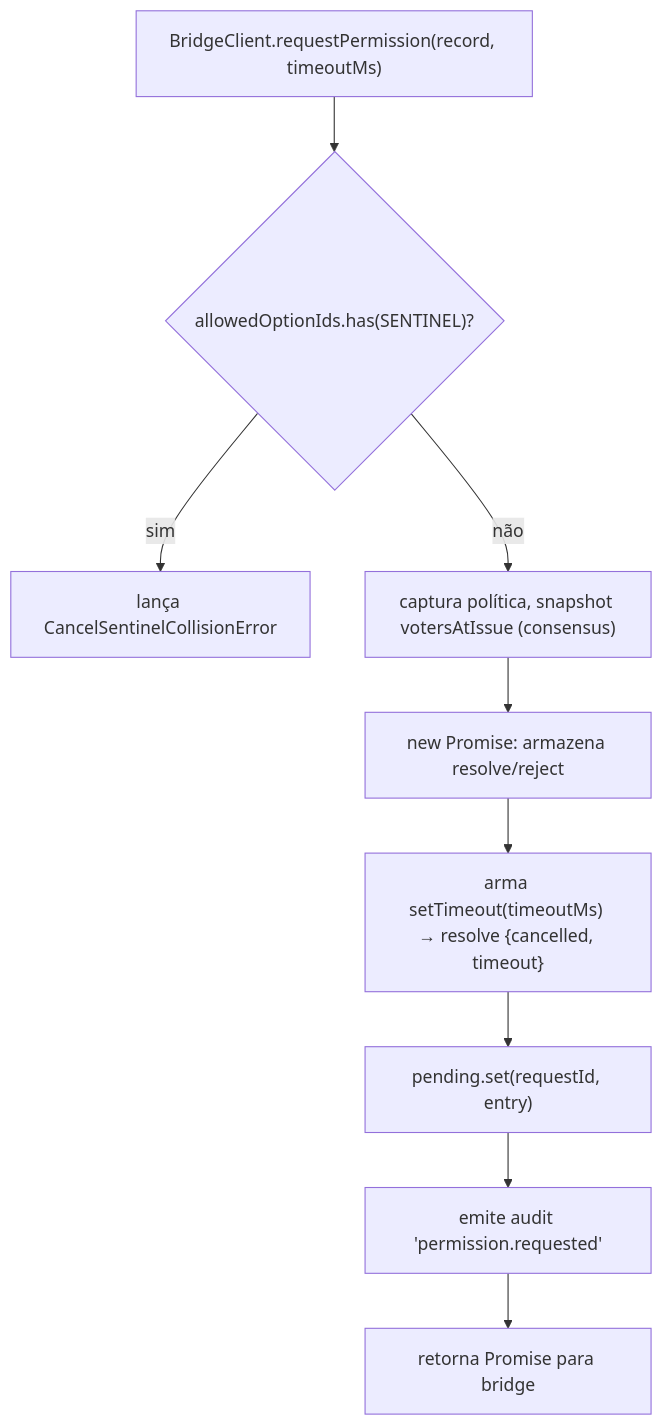
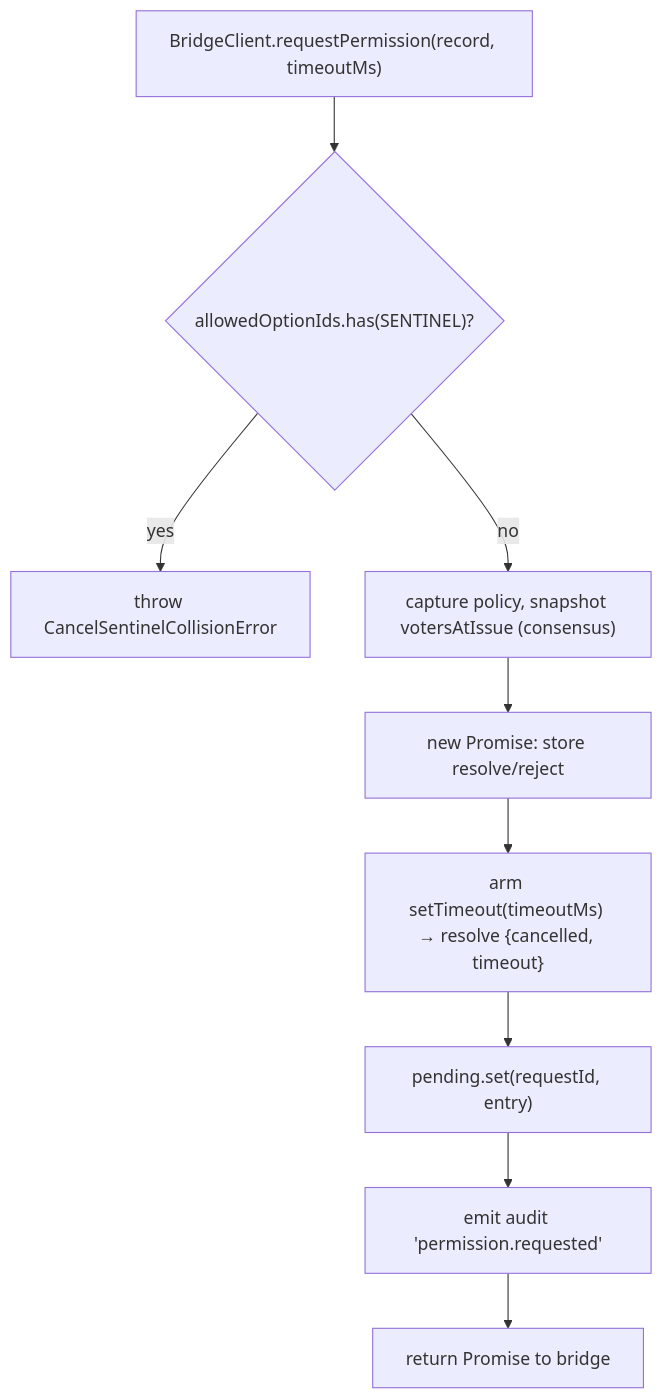
Before and after one commit to QwenLM/qwen-code-docs: the first of 2 diagrams in website/content/pt-BR/developers/daemon/04-permission-mediation.md, drawn with Mermaid. The commit also changed other lines of this file and 162 other files, not shown here.

````diff
--- a/website/content/pt-BR/developers/daemon/04-permission-mediation.md
+++ b/website/content/pt-BR/developers/daemon/04-permission-mediation.md
@@ -105,11 +105,11 @@
 ```mermaid
 flowchart TD
     A["BridgeClient.requestPermission(record, timeoutMs)"] --> B{"allowedOptionIds.has(SENTINEL)?"}
-    B -->|sim| C["lança CancelSentinelCollisionError"]
-    B -->|não| D["captura política, snapshot votersAtIssue (consensus)"]
-    D --> E["new Promise: armazena resolve/reject"]
-    E --> F["arma setTimeout(timeoutMs) → resolve {cancelled, timeout}"]
+    B -->|yes| C["throw CancelSentinelCollisionError"]
+    B -->|no| D["capture policy, snapshot votersAtIssue (consensus)"]
+    D --> E["new Promise: store resolve/reject"]
+    E --> F["arm setTimeout(timeoutMs) → resolve {cancelled, timeout}"]
     F --> G["pending.set(requestId, entry)"]
-    G --> H["emite audit 'permission.requested'"]
-    H --> I["retorna Promise para bridge"]
+    G --> H["emit audit 'permission.requested'"]
+    H --> I["return Promise to bridge"]
 ```
````
